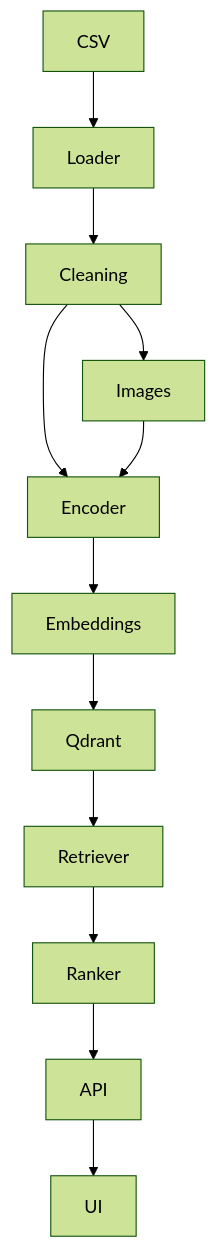
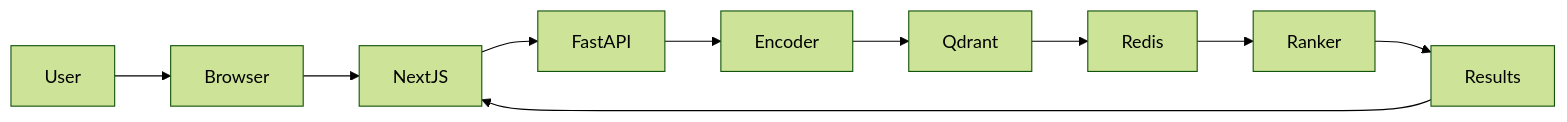
Diagram 15 of 37 in README.md (VasuML07/searchforge), drawn with Mermaid (forest theme) before and after one commit. The commit also changed other lines of this file, not shown here.

````diff
--- a/README.md
+++ b/README.md
@@ -66,12 +1977,39 @@
 ```mermaid
-flowchart TD
-CSV-->Loader-->Cleaning-->Images
-Cleaning-->Encoder
-Images-->Encoder
-Encoder-->Embeddings
-Embeddings-->Qdrant
-Qdrant-->Retriever
-Retriever-->Ranker
-Ranker-->API
-API-->UI
+flowchart LR
+
+User
+
+Browser
+
+NextJS
+
+FastAPI
+
+Encoder
+
+Qdrant
+
+Redis
+
+Ranker
+
+Results
+
+User --> Browser
+
+Browser --> NextJS
+
+NextJS --> FastAPI
+
+FastAPI --> Encoder
+
+Encoder --> Qdrant
+
+Qdrant --> Redis
+
+Redis --> Ranker
+
+Ranker --> Results
+
+Results --> NextJS
 ```
````
